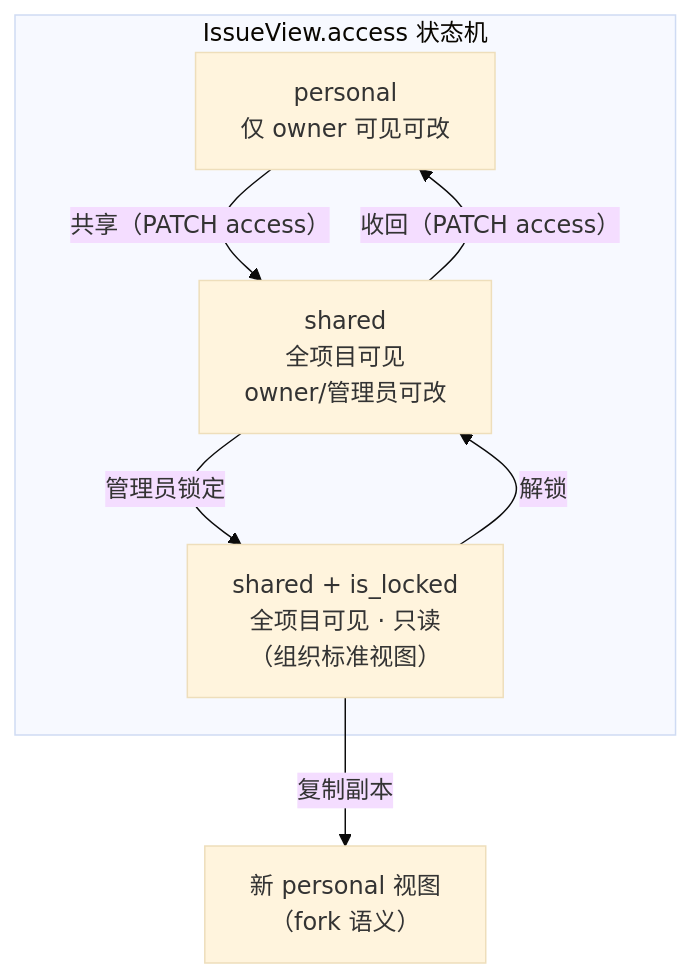
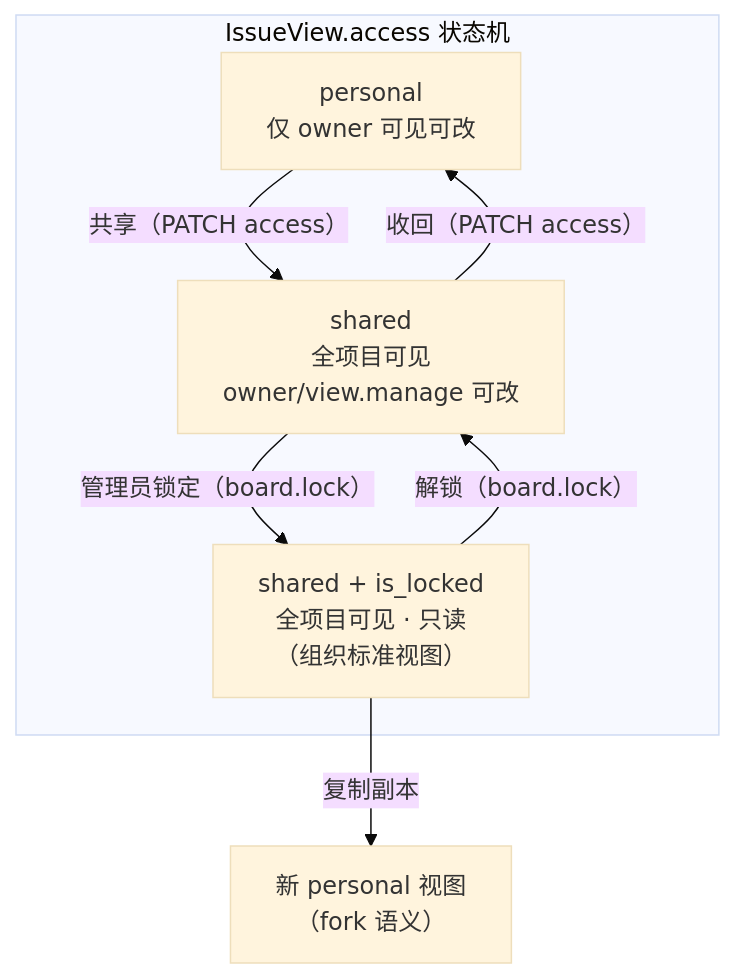
One commit to RabbitAI-Lab/RabbitProjects changed the first of 3 diagrams in docs/sprint-8-enterprise-org/BOARD-005-shared-views.md. Above: the diagram before and after it, drawn with Mermaid (base theme). The commit also changed other lines of this file and 13 other files, not shown here.

````diff
--- a/docs/sprint-8-enterprise-org/BOARD-005-shared-views.md
+++ b/docs/sprint-8-enterprise-org/BOARD-005-shared-views.md
@@ -33,13 +40,13 @@
 ```mermaid
 flowchart TB
     subgraph VIEWS["IssueView.access 状态机"]
         P["personal<br/>仅 owner 可见可改"]
-        S["shared<br/>全项目可见<br/>owner/管理员可改"]
+        S["shared<br/>全项目可见<br/>owner/view.manage 可改"]
         L["shared + is_locked<br/>全项目可见 · 只读<br/>（组织标准视图）"]
     end
     P -- "共享（PATCH access）" --> S
     S -- "收回（PATCH access）" --> P
-    S -- "管理员锁定" --> L
-    L -- "解锁" --> S
+    S -- "管理员锁定（board.lock）" --> L
+    L -- "解锁（board.lock）" --> S
     L -- "复制副本" --> P2["新 personal 视图<br/>（fork 语义）"]
 ```
````
